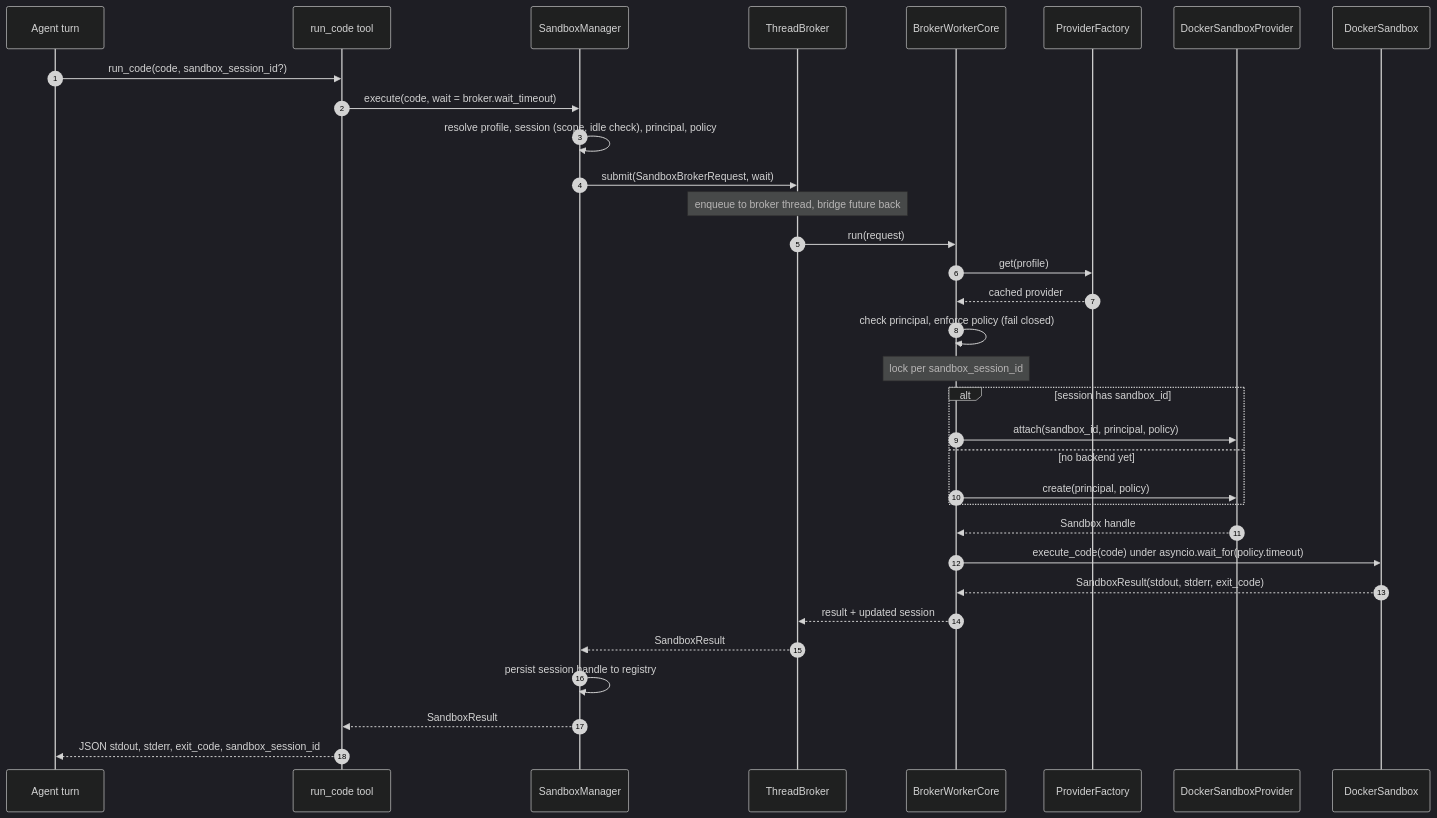
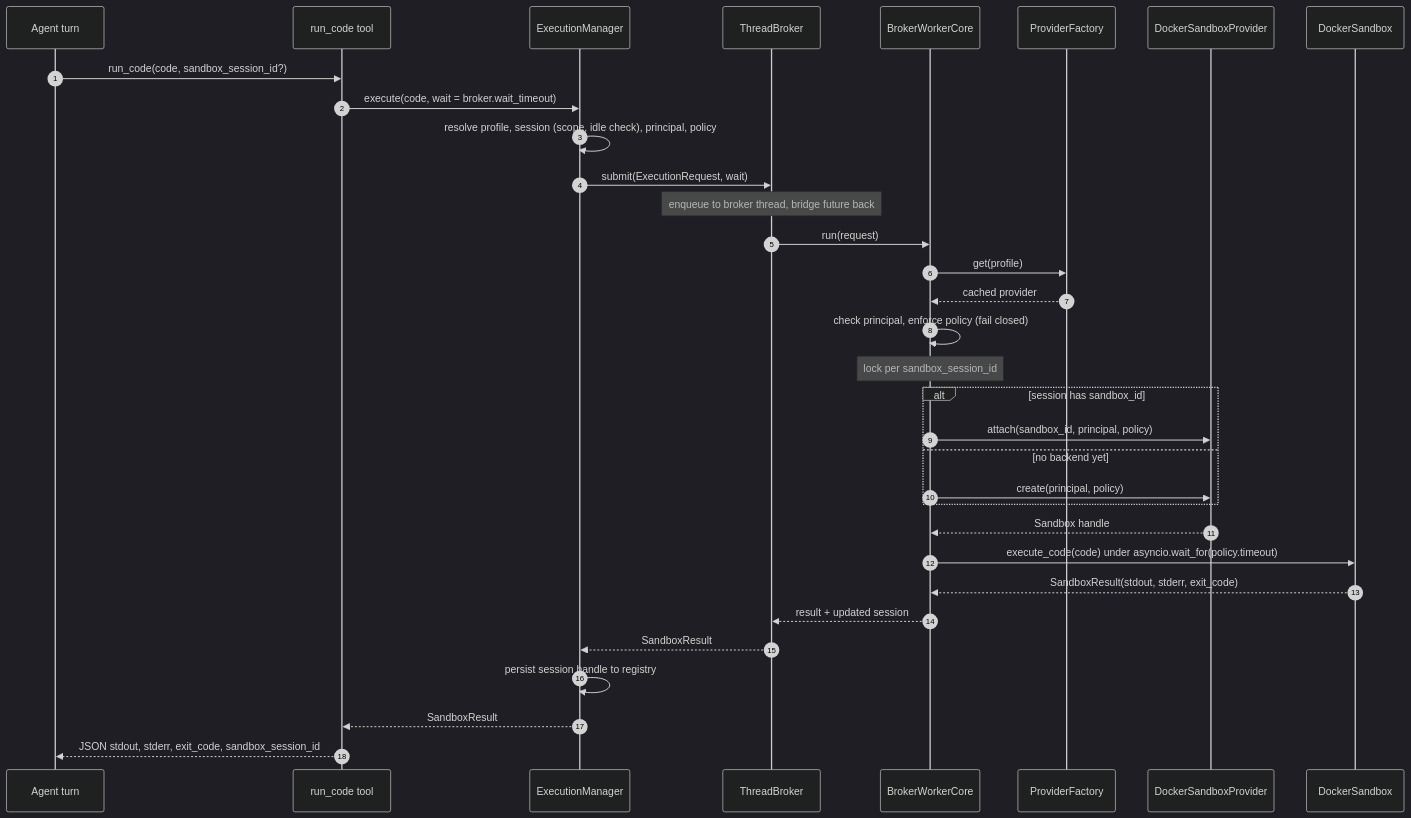
Before and after one commit to yaalalabs/agent-kernel: the fifth of 9 diagrams in docs/docs/architecture/sandbox-internals.md, drawn with Mermaid (dark theme). The commit also changed other lines of this file and 27 other files, not shown here.

First line of the commit message:
refactor: rename SandboxManager to ExecutionManager and related classes for clarity

````diff
--- a/docs/docs/architecture/sandbox-internals.md
+++ b/docs/docs/architecture/sandbox-internals.md
@@ -301,36 +337,36 @@
 ```mermaid
 sequenceDiagram
     autonumber
     participant LLM as Agent turn
     participant Tool as run_code tool
-    participant Mgr as SandboxManager
+    participant Mgr as ExecutionManager
     participant Brk as ThreadBroker
     participant Core as BrokerWorkerCore
     participant Fac as ProviderFactory
     participant Prov as DockerSandboxProvider
     participant Sbx as DockerSandbox
 
     LLM->>Tool: run_code(code, sandbox_session_id?)
     Tool->>Mgr: execute(code, wait = broker.wait_timeout)
     Mgr->>Mgr: resolve profile, session (scope, idle check), principal, policy
-    Mgr->>Brk: submit(SandboxBrokerRequest, wait)
+    Mgr->>Brk: submit(ExecutionRequest, wait)
     Note over Brk: enqueue to broker thread, bridge future back
     Brk->>Core: run(request)
     Core->>Fac: get(profile)
     Fac-->>Core: cached provider
     Core->>Core: check principal, enforce policy (fail closed)
     Note over Core: lock per sandbox_session_id
     alt session has sandbox_id
         Core->>Prov: attach(sandbox_id, principal, policy)
     else no backend yet
         Core->>Prov: create(principal, policy)
     end
     Prov-->>Core: Sandbox handle
     Core->>Sbx: execute_code(code) under asyncio.wait_for(policy.timeout)
     Sbx-->>Core: SandboxResult(stdout, stderr, exit_code)
     Core-->>Brk: result + updated session
     Brk-->>Mgr: SandboxResult
     Mgr->>Mgr: persist session handle to registry
     Mgr-->>Tool: SandboxResult
     Tool-->>LLM: JSON stdout, stderr, exit_code, sandbox_session_id
 ```
````
